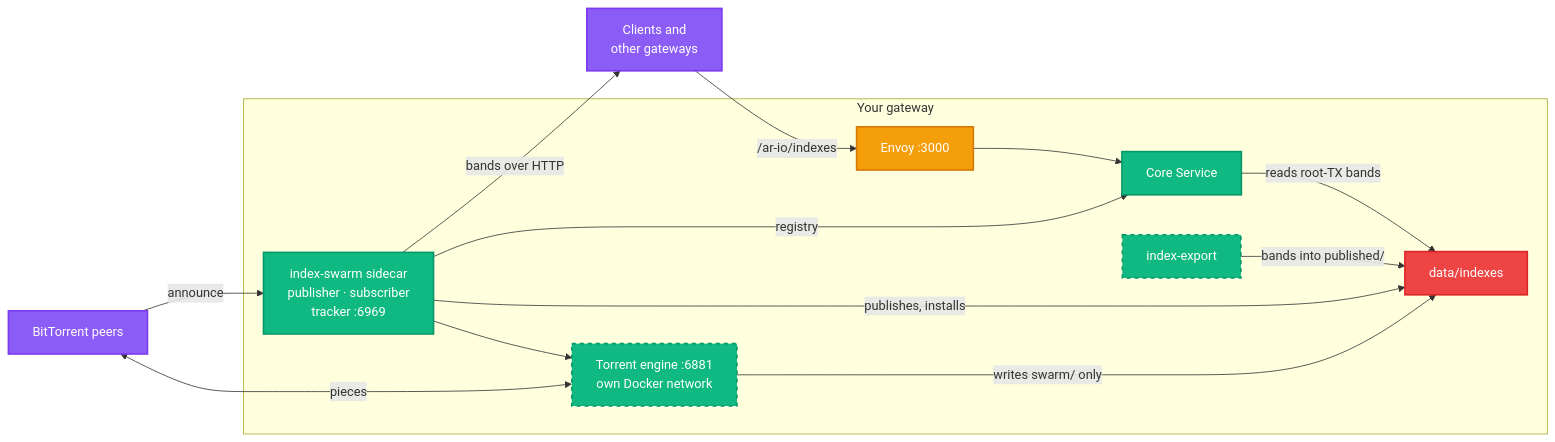
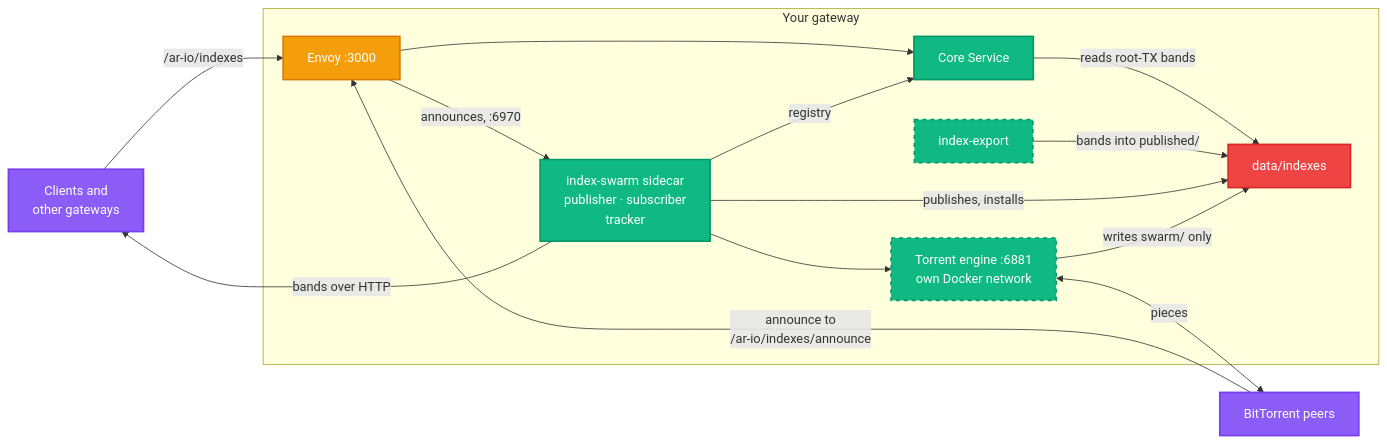
The first of 2 diagrams in content/build/run-a-gateway/manage/index-sharing.mdx (ar-io/docs), drawn with Mermaid before and after one commit. The commit also changed other lines of this file and 3 other files, not shown here.

First line of the commit message:
docs(index-sharing): announce to the tracker through the gateway's HTTPS

````diff
--- a/content/build/run-a-gateway/manage/index-sharing.mdx
+++ b/content/build/run-a-gateway/manage/index-sharing.mdx
@@ -42,38 +42,39 @@
 ```mermaid
 graph LR
     NET[Clients and<br/>other gateways]
     PEERS[BitTorrent peers]
 
     subgraph Host ["Your gateway"]
         ENVOY[Envoy :3000]
         CORE[Core Service]
-        SIDE[index-swarm sidecar<br/>publisher · subscriber<br/>tracker :6969]
+        SIDE[index-swarm sidecar<br/>publisher · subscriber<br/>tracker]
         ENG[Torrent engine :6881<br/>own Docker network]
         EXP[index-export]
         DIR[data/indexes]
     end
 
     NET -->|/ar-io/indexes| ENVOY
     ENVOY --> CORE
     CORE -->|reads root-TX bands| DIR
     EXP -->|bands into published/| DIR
     SIDE -->|publishes, installs| DIR
     SIDE -->|registry| CORE
     SIDE -->|bands over HTTP| NET
     SIDE --> ENG
     ENG -->|writes swarm/ only| DIR
     ENG <-->|pieces| PEERS
-    PEERS -->|announce| SIDE
+    PEERS -->|announce to<br/>/ar-io/indexes/announce| ENVOY
+    ENVOY -->|announces, :6970| SIDE
 
     classDef service fill:#10b981,stroke:#059669,stroke-width:2px,color:#fff
     classDef proxy fill:#f59e0b,stroke:#d97706,stroke-width:2px,color:#fff
     classDef external fill:#8b5cf6,stroke:#7c3aed,stroke-width:2px,color:#fff
     classDef storage fill:#ef4444,stroke:#dc2626,stroke-width:2px,color:#fff
     classDef optional fill:#10b981,stroke:#059669,stroke-width:2px,color:#fff,stroke-dasharray: 5 5
 
     class CORE,SIDE service
     class ENG,EXP optional
     class ENVOY proxy
     class NET,PEERS external
     class DIR storage
 ```
````
